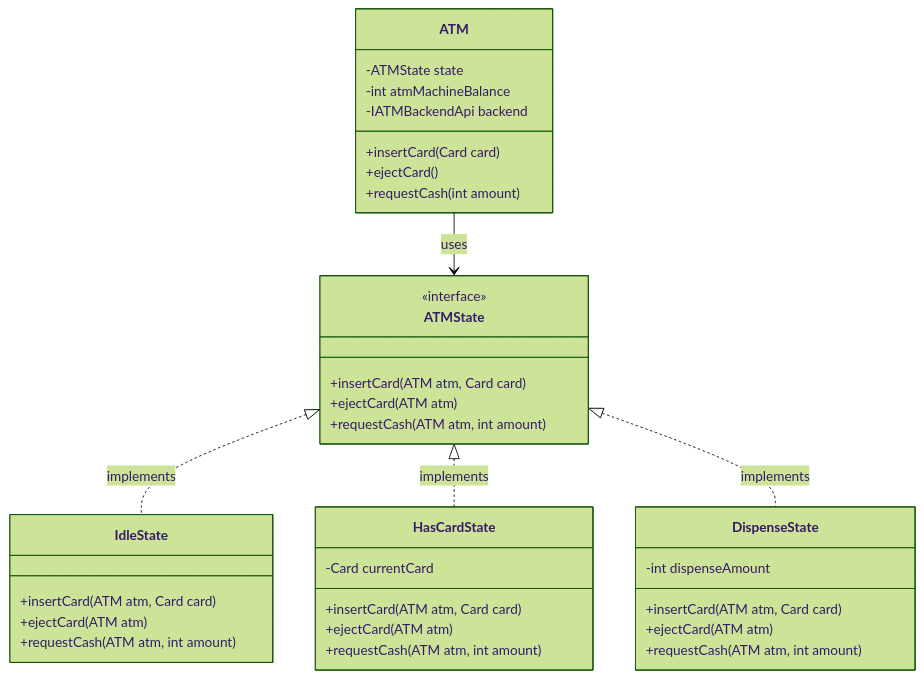
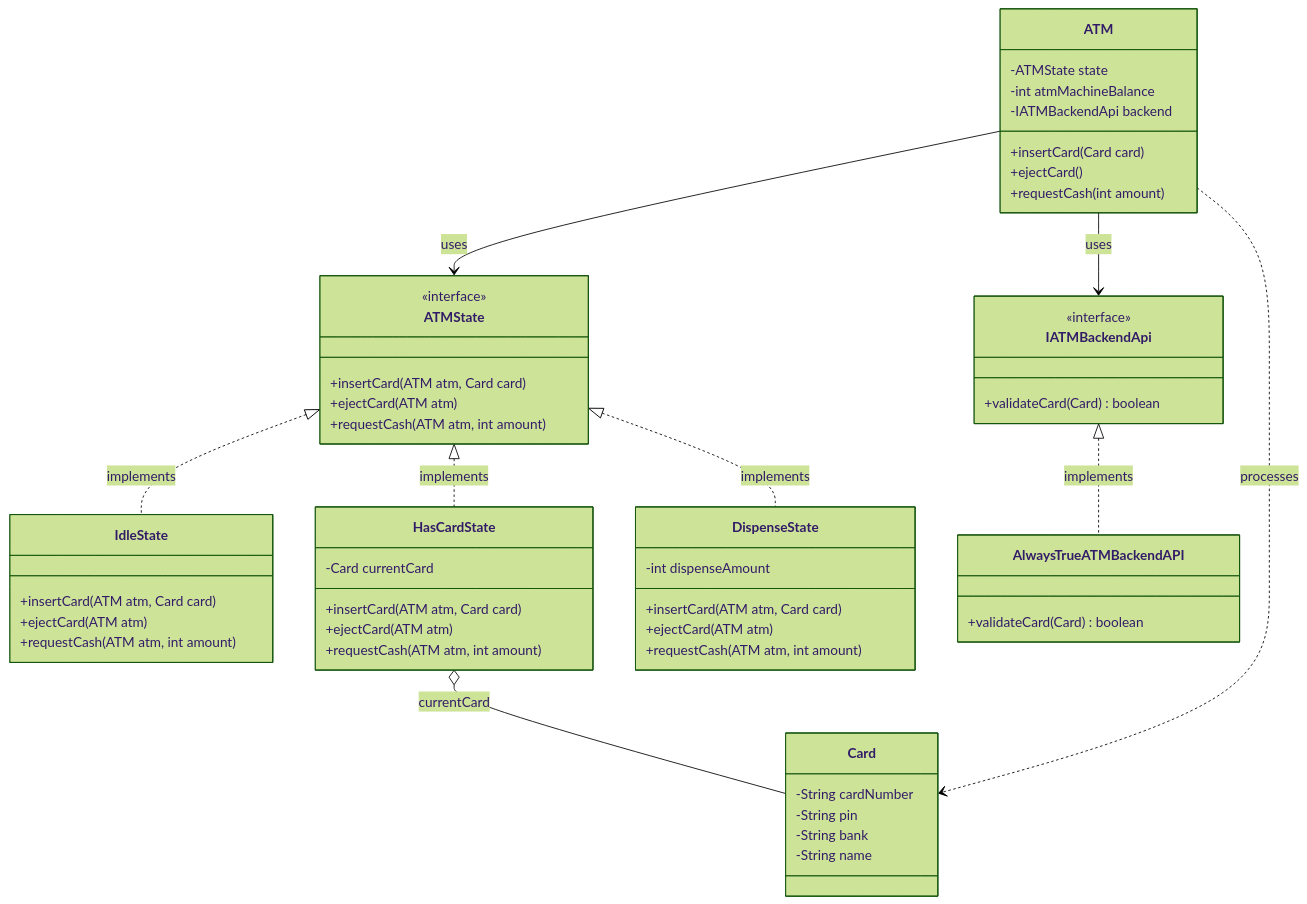
The diagram in src/main/java/com/springmicroservice/lowleveldesignproblems/atmmachine/README.md (Prakhar-FF13/Low-Level-Design), drawn with Mermaid (forest theme) before and after one commit. The commit also changed 6 other files, not shown here.

Commit message:
feat: Enhance low-level design documentation with new class diagrams for ATM, Bookmyshow, Cache System, Cricbuzz, Parking Lot, Route Handler, and Rule Engine, including additional classes and relationships for improved clarity.

````diff
--- a/src/main/java/com/springmicroservice/lowleveldesignproblems/atmmachine/README.md
+++ b/src/main/java/com/springmicroservice/lowleveldesignproblems/atmmachine/README.md
@@ -29,43 +29,63 @@
 ```mermaid
 classDiagram
     class ATM {
         -ATMState state
         -int atmMachineBalance
         -IATMBackendApi backend
         +insertCard(Card card)
         +ejectCard()
         +requestCash(int amount)
+    }
+
+    class IATMBackendApi {
+        <<interface>>
+        +validateCard(Card) boolean
+    }
+
+    class Card {
+        -String cardNumber
+        -String pin
+        -String bank
+        -String name
     }
 
     class ATMState {
         <<interface>>
         +insertCard(ATM atm, Card card)
         +ejectCard(ATM atm)
         +requestCash(ATM atm, int amount)
     }
 
     class IdleState {
         +insertCard(ATM atm, Card card)
         +ejectCard(ATM atm)
         +requestCash(ATM atm, int amount)
     }
 
     class HasCardState {
         -Card currentCard
         +insertCard(ATM atm, Card card)
         +ejectCard(ATM atm)
         +requestCash(ATM atm, int amount)
     }
 
     class DispenseState {
         -int dispenseAmount
         +insertCard(ATM atm, Card card)
         +ejectCard(ATM atm)
         +requestCash(ATM atm, int amount)
     }
 
+    class AlwaysTrueATMBackendAPI {
+        +validateCard(Card) boolean
+    }
+
     ATM --> ATMState : uses
+    ATM --> IATMBackendApi : uses
+    ATM ..> Card : processes
+    IATMBackendApi <|.. AlwaysTrueATMBackendAPI : implements
     ATMState <|.. IdleState : implements
     ATMState <|.. HasCardState : implements
     ATMState <|.. DispenseState : implements
+    HasCardState o-- Card : currentCard
 ```
````
